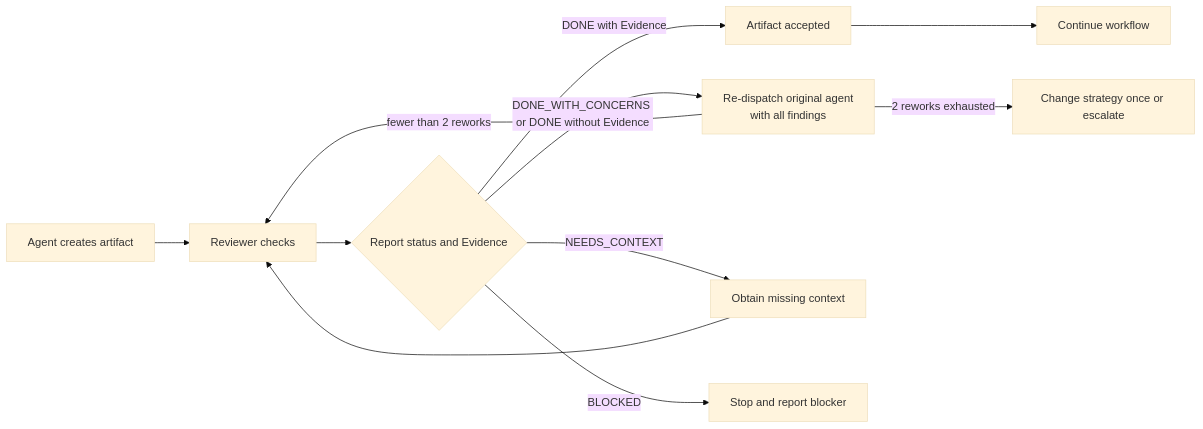
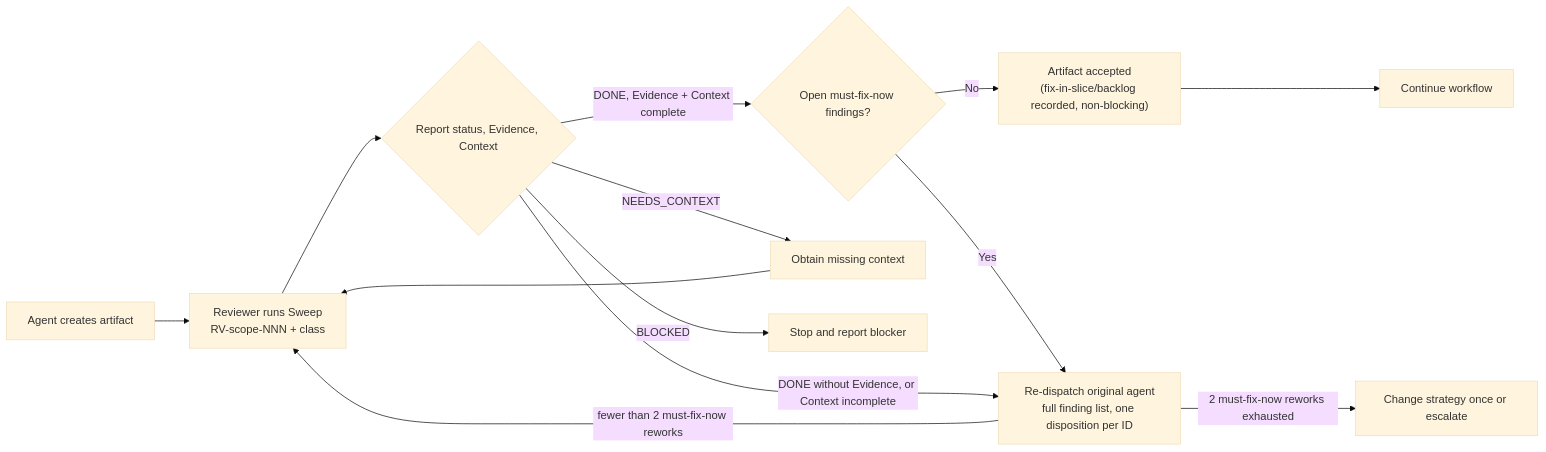
Before and after one commit to biggora/dev-team: the third of 5 diagrams in specs/workflow.md, drawn with Mermaid (base theme). The commit also changed other lines of this file and 48 other files, not shown here.

````diff
--- a/specs/workflow.md
+++ b/specs/workflow.md
@@ -277,13 +282,15 @@
 ```mermaid
 flowchart LR
-    AGENT[Agent creates artifact] --> REVIEWER[Reviewer checks]
-    REVIEWER --> STATUS{Report status and Evidence}
-    STATUS -- DONE with Evidence --> PASS[Artifact accepted]
-    STATUS -- DONE_WITH_CONCERNS or DONE without Evidence --> REWORK[Re-dispatch original agent\nwith all findings]
-    REWORK -->|fewer than 2 reworks| REVIEWER
-    REWORK -->|2 reworks exhausted| ESCALATE[Change strategy once or escalate]
+    AGENT[Agent creates artifact] --> REVIEWER["Reviewer runs Sweep<br/>RV-scope-NNN + class"]
+    REVIEWER --> STATUS{Report status, Evidence, Context}
+    STATUS -- DONE, Evidence + Context complete --> OPENCHECK{Open must-fix-now findings?}
+    OPENCHECK -- No --> PASS["Artifact accepted<br/>(fix-in-slice/backlog recorded, non-blocking)"]
+    OPENCHECK -- Yes --> REWORK["Re-dispatch original agent<br/>full finding list, one disposition per ID"]
+    REWORK -->|fewer than 2 must-fix-now reworks| REVIEWER
+    REWORK -->|2 must-fix-now reworks exhausted| ESCALATE[Change strategy once or escalate]
+    STATUS -- DONE without Evidence, or Context incomplete --> REWORK
     STATUS -- NEEDS_CONTEXT --> CONTEXT[Obtain missing context]
     CONTEXT --> REVIEWER
     STATUS -- BLOCKED --> STOP[Stop and report blocker]
     PASS --> NEXT[Continue workflow]
 ```
````
